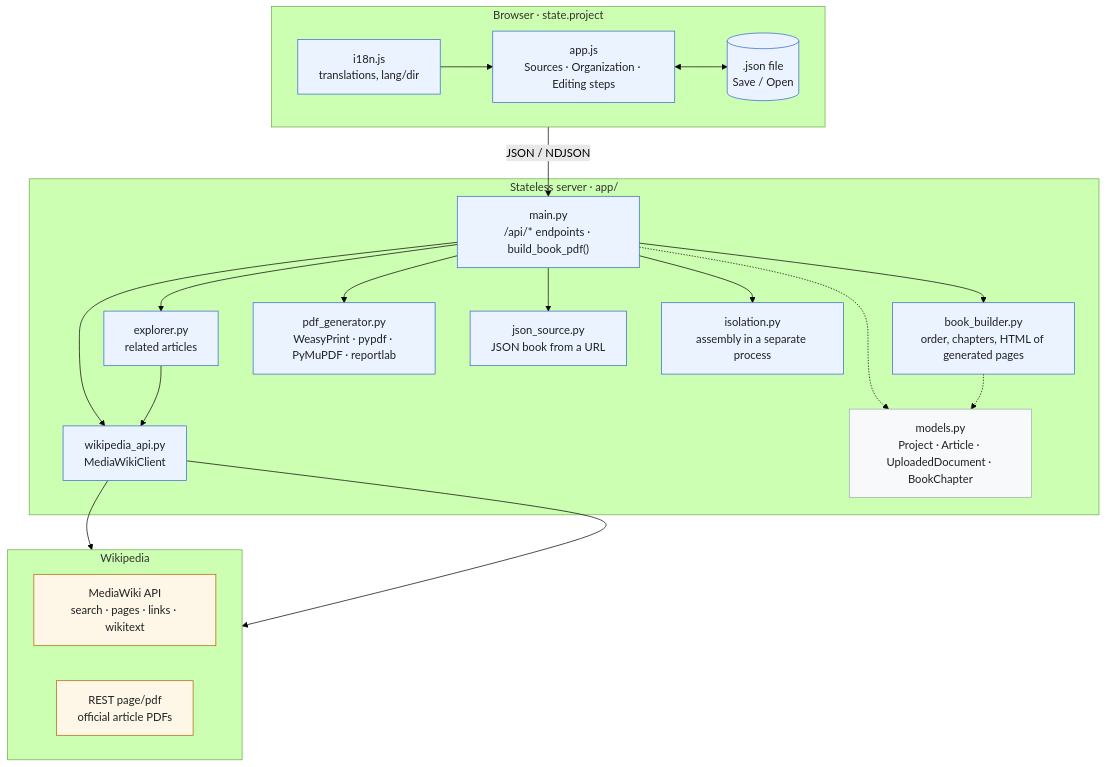
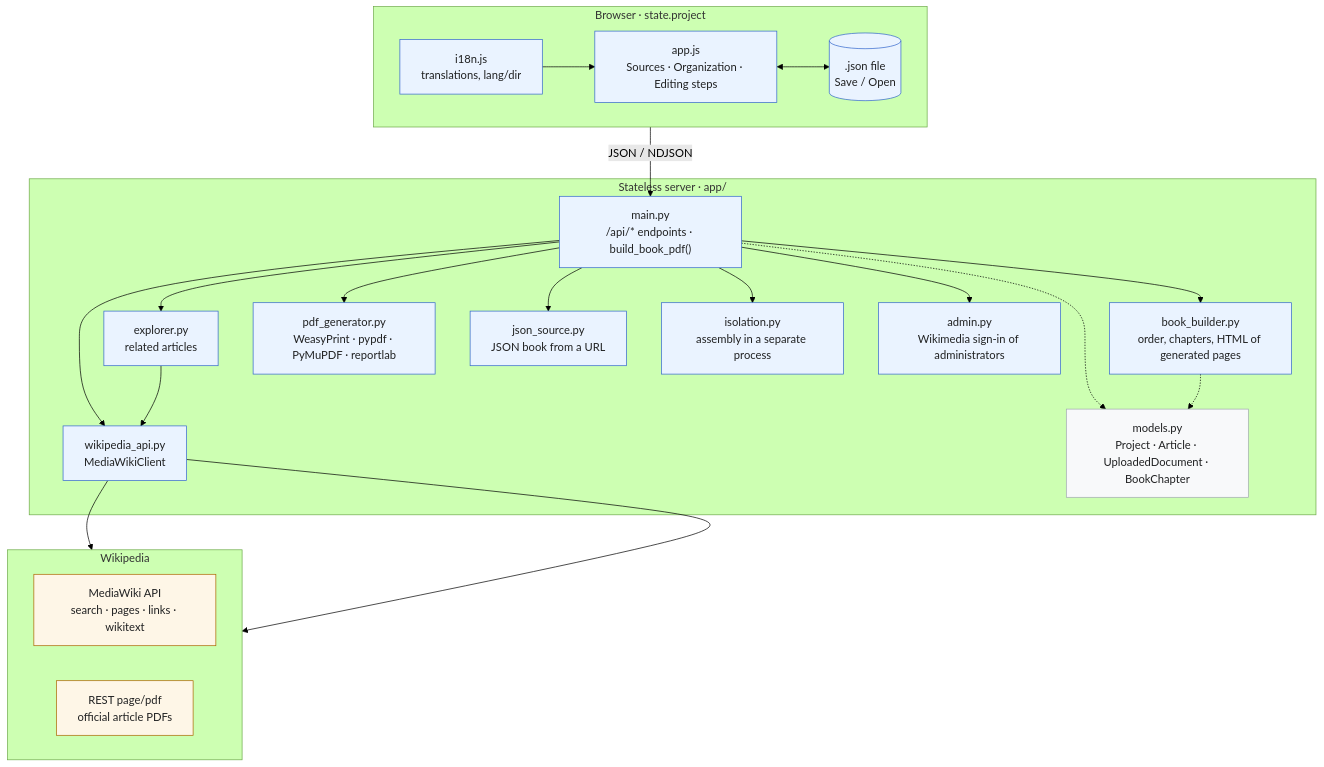
Before and after one commit to gmoulard/wikipedia2book: the first of 2 diagrams in docs/SPECIFICATIONS.en.md, drawn with Mermaid (forest theme). The commit also changed other lines of this file and 12 other files, not shown here.

````diff
--- a/docs/SPECIFICATIONS.en.md
+++ b/docs/SPECIFICATIONS.en.md
@@ -970,48 +996,50 @@
 ```mermaid
 flowchart TB
     subgraph Browser["Browser · state.project"]
         direction LR
         I18N["i18n.js<br/>translations, lang/dir"]
         APP["app.js<br/>Sources · Organization · Editing steps"]
         FILE[(".json file<br/>Save / Open")]
         I18N --> APP
         APP <--> FILE
     end
 
     subgraph Server["Stateless server · app/"]
         MAIN["main.py<br/>/api/* endpoints · build_book_pdf()"]
         EXPL["explorer.py<br/>related articles"]
         BB["book_builder.py<br/>order, chapters, HTML of generated pages"]
         PDFG["pdf_generator.py<br/>WeasyPrint · pypdf · PyMuPDF · reportlab"]
         WAPI["wikipedia_api.py<br/>MediaWikiClient"]
         JSRC["json_source.py<br/>JSON book from a URL"]
         MODELS["models.py<br/>Project · Article · UploadedDocument · BookChapter"]
         MAIN --> EXPL
         MAIN --> BB
         ISO["isolation.py<br/>assembly in a separate process"]
+        ADM["admin.py<br/>Wikimedia sign-in of administrators"]
+        MAIN --> ADM
         MAIN --> ISO
         MAIN --> PDFG
         MAIN --> WAPI
         MAIN --> JSRC
         EXPL --> WAPI
     end
 
     subgraph Wikipedia["Wikipedia"]
         direction LR
         MW["MediaWiki API<br/>search · pages · links · wikitext"]
         REST["REST page/pdf<br/>official article PDFs"]
     end
 
     APP -- "JSON / NDJSON" --> MAIN
     WAPI --> MW
     WAPI --> REST
     MAIN -.-> MODELS
     BB -.-> MODELS
 
     classDef app fill:#eaf3ff,stroke:#3366cc,color:#202122
     classDef wiki fill:#fef6e7,stroke:#ac6600,color:#202122
     classDef shared fill:#f8f9fa,stroke:#a2a9b1,color:#202122
-    class I18N,APP,FILE,MAIN,EXPL,BB,PDFG,WAPI,ISO,JSRC app
+    class I18N,APP,FILE,MAIN,EXPL,BB,PDFG,WAPI,ISO,JSRC,ADM app
     class MW,REST wiki
     class MODELS shared
 ```
````
